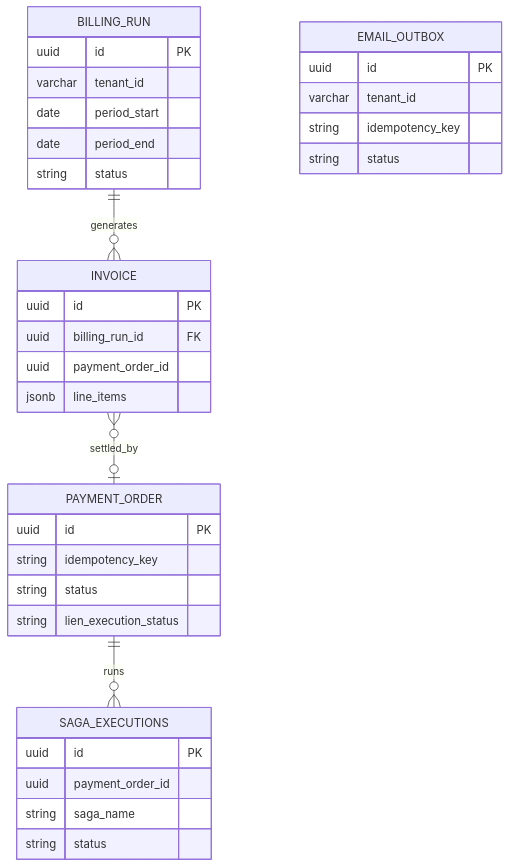
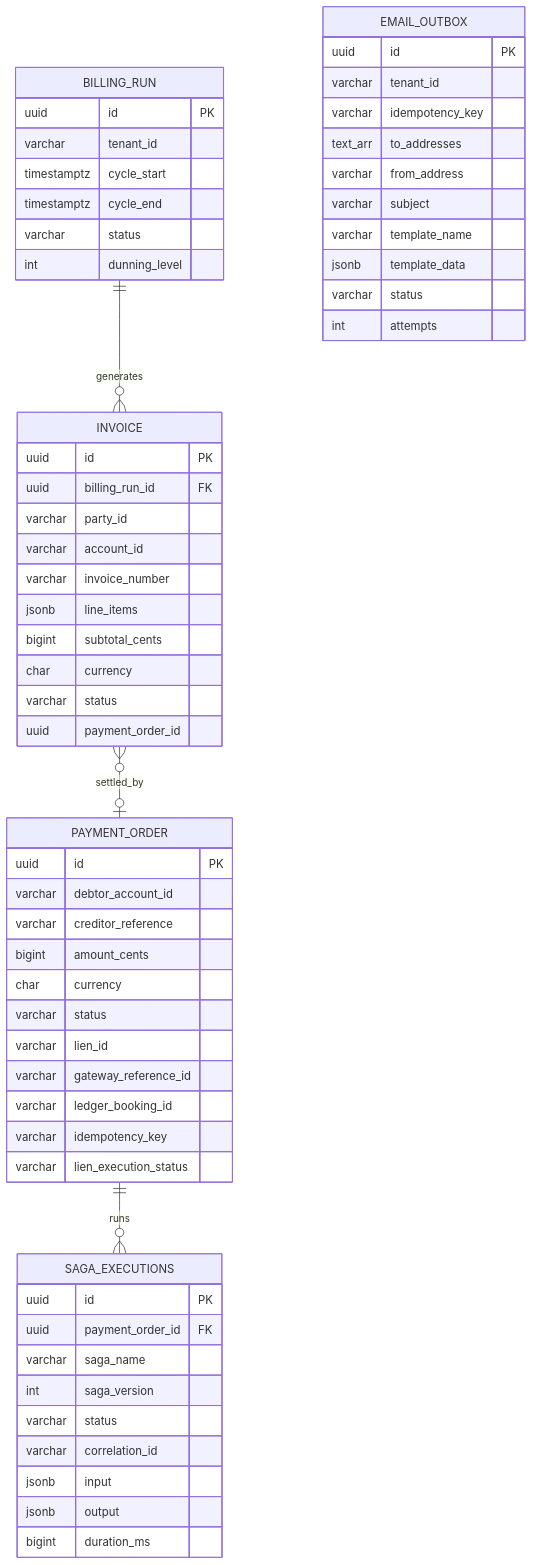
Before and after one commit to meridianhub/meridian: the ninth of 13 diagrams in docs/architecture/data-model.md, drawn with Mermaid. The commit also changed other lines of this file, not shown here.

First line of the commit message:
docs: Fill ER diagram attribute blocks with canonical schema

````diff
--- a/docs/architecture/data-model.md
+++ b/docs/architecture/data-model.md
@@ -515,37 +707,62 @@
 ```mermaid
 erDiagram
     PAYMENT_ORDER ||--o{ SAGA_EXECUTIONS : runs
     BILLING_RUN ||--o{ INVOICE : generates
     INVOICE }o--o| PAYMENT_ORDER : settled_by
     PAYMENT_ORDER {
         uuid id PK
-        string idempotency_key
-        string status
-        string lien_execution_status
+        varchar debtor_account_id
+        varchar creditor_reference
+        bigint amount_cents
+        char currency
+        varchar status
+        varchar lien_id
+        varchar gateway_reference_id
+        varchar ledger_booking_id
+        varchar idempotency_key
+        varchar lien_execution_status
     }
     SAGA_EXECUTIONS {
         uuid id PK
-        uuid payment_order_id
-        string saga_name
-        string status
+        uuid payment_order_id FK
+        varchar saga_name
+        int saga_version
+        varchar status
+        varchar correlation_id
+        jsonb input
+        jsonb output
+        bigint duration_ms
     }
     BILLING_RUN {
         uuid id PK
         varchar tenant_id
-        date period_start
-        date period_end
-        string status
+        timestamptz cycle_start
+        timestamptz cycle_end
+        varchar status
+        int dunning_level
     }
     INVOICE {
         uuid id PK
         uuid billing_run_id FK
+        varchar party_id
+        varchar account_id
+        varchar invoice_number
+        jsonb line_items
+        bigint subtotal_cents
+        char currency
+        varchar status
         uuid payment_order_id
-        jsonb line_items
     }
     EMAIL_OUTBOX {
         uuid id PK
         varchar tenant_id
-        string idempotency_key
-        string status
+        varchar idempotency_key
+        text_arr to_addresses
+        varchar from_address
+        varchar subject
+        varchar template_name
+        jsonb template_data
+        varchar status
+        int attempts
     }
 ```
````
